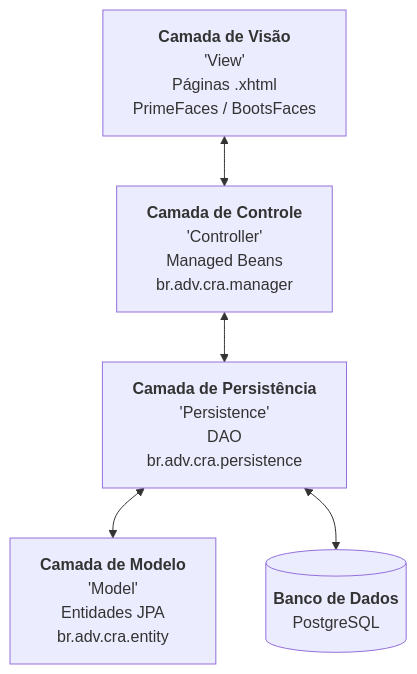
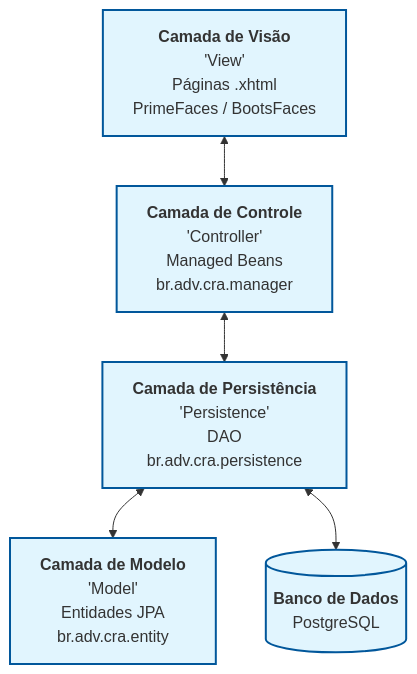
One commit to nsouzarj/cra changed the diagram in README.md. Above: the diagram before and after it, drawn with Mermaid.

Commit message:
atualizacao de  diagrama

````diff
--- a/README.md
+++ b/README.md
@@ -35,13 +35,15 @@
 ```mermaid
 flowchart TD
-    V["<b>Camada de Visão</b><br/>'View'<br/>Páginas .xhtml<br/>PrimeFaces / BootsFaces"]
-    C["<b>Camada de Controle</b><br/>'Controller'<br/>Managed Beans<br/>br.adv.cra.manager"]
-    D["<b>Camada de Persistência</b><br/>'Persistence'<br/>DAO<br/>br.adv.cra.persistence"]
-    M["<b>Camada de Modelo</b><br/>'Model'<br/>Entidades JPA<br/>br.adv.cra.entity"]
-    DB[("<b>Banco de Dados</b><br/>PostgreSQL")]
+    classDef lightBlue fill:#e1f5fe,stroke:#01579b,stroke-width:2px;
+
+    V["<b>Camada de Visão</b><br/>'View'<br/>Páginas .xhtml<br/>PrimeFaces / BootsFaces"]:::lightBlue
+    C["<b>Camada de Controle</b><br/>'Controller'<br/>Managed Beans<br/>br.adv.cra.manager"]:::lightBlue
+    D["<b>Camada de Persistência</b><br/>'Persistence'<br/>DAO<br/>br.adv.cra.persistence"]:::lightBlue
+    M["<b>Camada de Modelo</b><br/>'Model'<br/>Entidades JPA<br/>br.adv.cra.entity"]:::lightBlue
+    DB[("<b>Banco de Dados</b><br/>PostgreSQL")]:::lightBlue
 
     V <--> C
     C <--> D
     D <--> M
     D <--> DB
 ```
````
